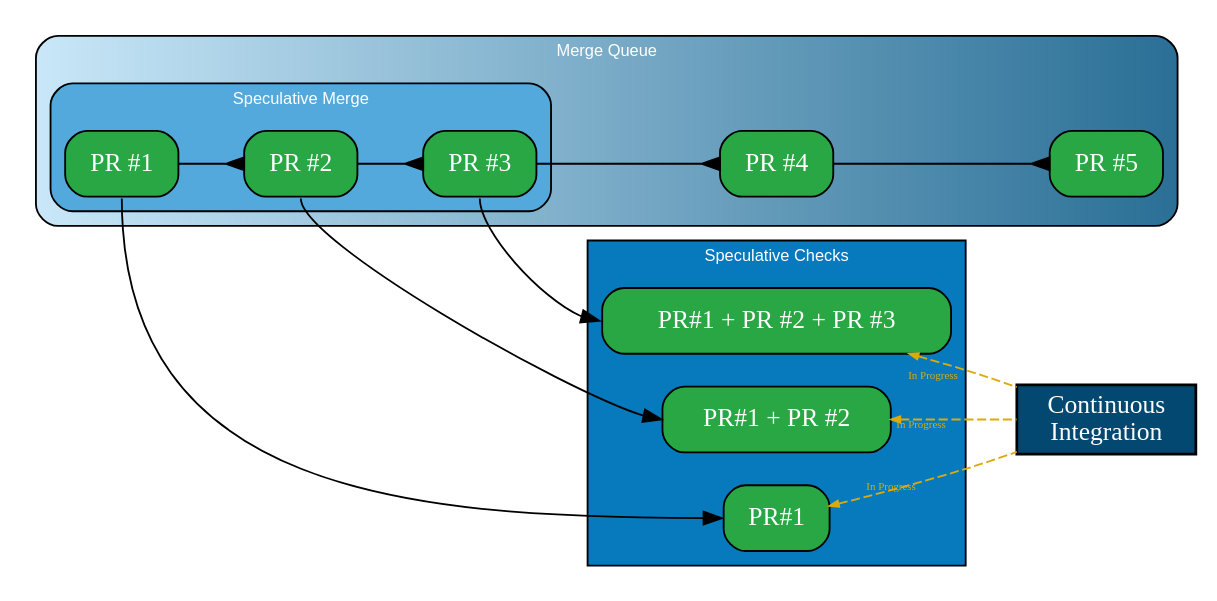
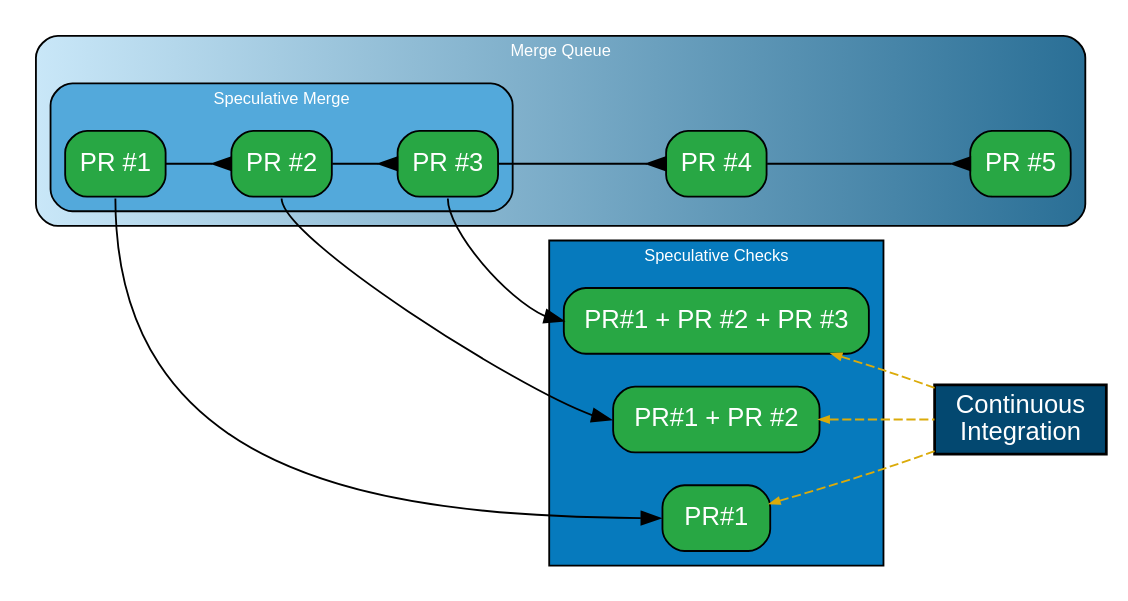
The diagram in src/content/merge-queue/speculative-checks.mdx (thejcannon/docs), drawn with Graphviz before and after one commit.

Commit message:
docs(mq): fix readibility for spec checks schema (#2284)

````diff
--- a/src/content/merge-queue/speculative-checks.mdx
+++ b/src/content/merge-queue/speculative-checks.mdx
@@ -46,60 +46,60 @@
 ```dot class="graph"
 strict digraph g {
     rankdir="LR"
-    node [group="pr", shape=box, style="rounded,filled", fillcolor="#53A9DB", fillcolor="#28A744", fontcolor=white]
-    edge [arrowhead=inv]
+    node [group="pr", shape=box, style="rounded,filled", fillcolor="#53A9DB", fillcolor="#28A744", fontcolor=white, fontname="sans-serif"]
+    edge [fontname="sans-serif", arrowhead=inv];
     fontname="sans-serif";
 
     subgraph cluster_mergequeue {
         label = "Merge Queue"
         style="filled,rounded,striped"
         fillcolor="#C9E7F8:#2A6F96"
         fontcolor=white
         fontsize="9pt"
 
         subgraph cluster_specmerge {
             label="Speculative Merge"
             style="rounded,filled"
             fillcolor="#53A9DB"
             fontcolor=white
             fontsize="9pt"
             pr1 [label="PR #1"]
             pr2 [label="PR #2"]
             pr3 [label="PR #3"]
             pr1 -> pr2;
             pr2 -> pr3;
         }
 
         pr4 [label="PR #4"]
         pr5 [label="PR #5"]
         pr3 ->pr4;
         pr4 ->pr5;
     }
 
     subgraph cluster_mergetrain {
         label = "Speculative Checks"
         fillcolor="#067ABD"
         style="filled"
         fontcolor=white
         fontsize="9pt"
-        traincar1 [label="PR#1"]
-        traincar2 [label="PR#1 + PR #2"]
-        traincar3 [label="PR#1 + PR #2 + PR #3"]
+        traincar1 [label=" PR#1 "]
+        traincar2 [label=" PR#1 + PR #2 "]
+        traincar3 [label=" PR#1 + PR #2 + PR #3 "]
     }
 
     edge [arrowhead=normal]
     pr1:s -> traincar1:w
     pr2:s -> traincar2:w
     pr3:s -> traincar3:w
 
     subgraph ci {
         // CI connections
         ci [label="Continuous\nIntegration", fixedsize=false, style="filled", fillcolor="#034870", fontcolor=white, penwidth=1.5]
-        edge [arrowhead=none, style=dashed, arrowsize=0.5, arrowtail=normal, color="#DBAB0A", dir=both, penwidth=1, xlabel="In Progress", fontcolor="#DBAB0A", fontsize="6pt"];
+        edge [arrowhead=none, style=dashed, arrowsize=0.5, arrowtail=normal, color="#DBAB0A", dir=both, penwidth=1, fontcolor="#DBAB0A"];
         traincar1 -> ci;
         traincar2 -> ci;
         traincar3 -> ci;
     }
 }
 
 ```
````
